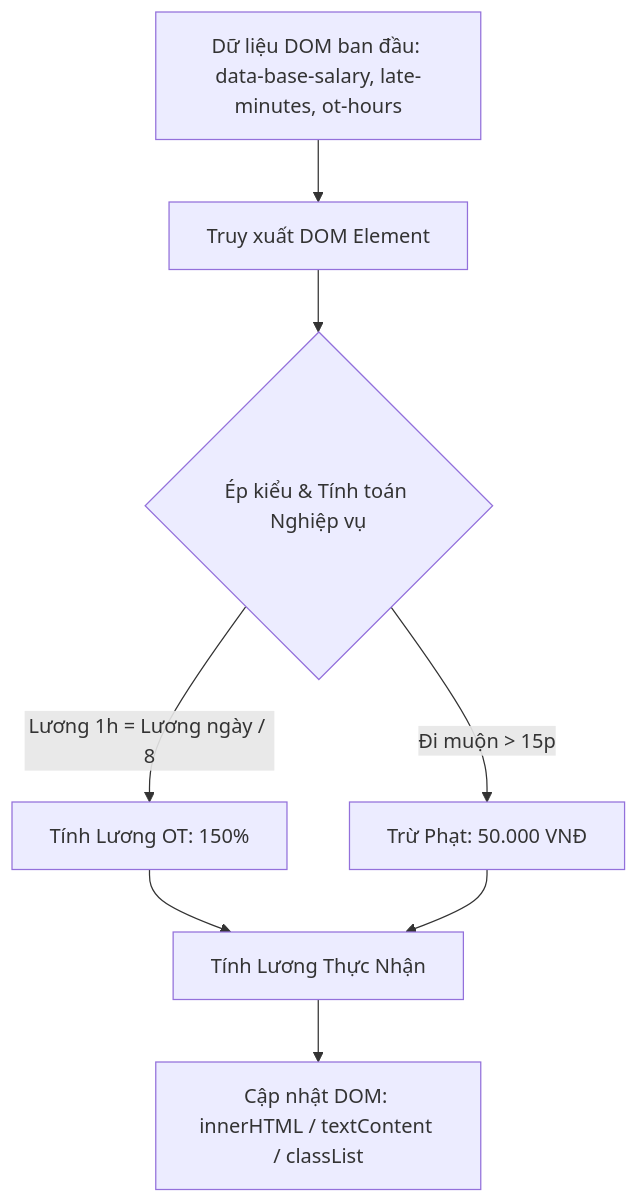
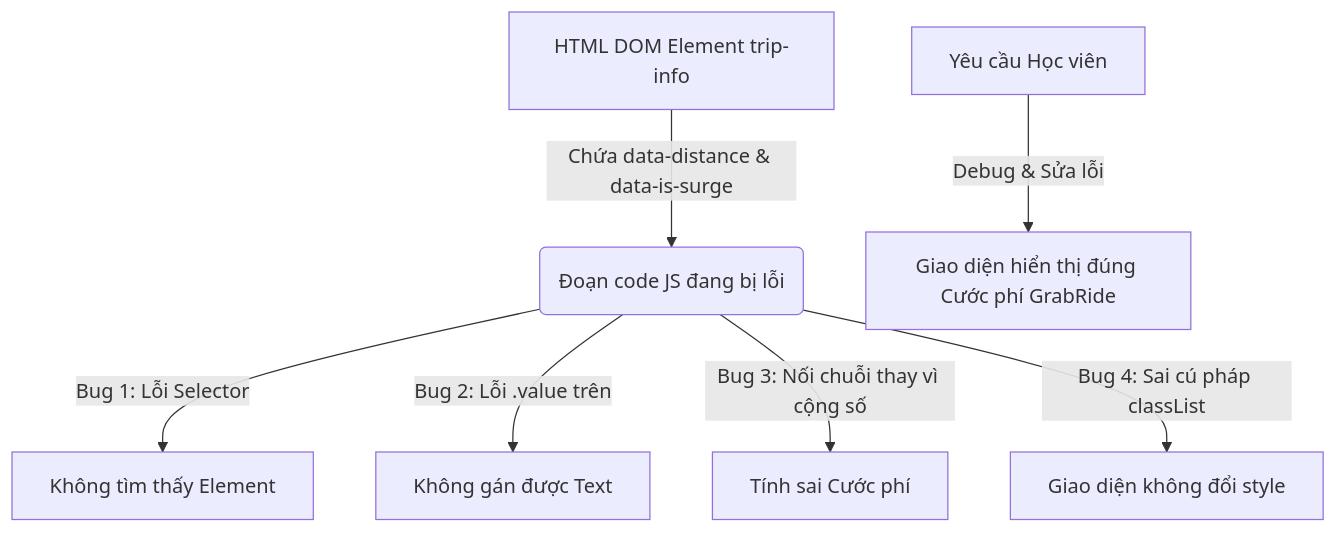
The diagram in output/pms/Phát_triển_ứng_dụng_web/Session 17 - Tương tác DOM API (Document Object Model)- Truy xuất và Thay đổi Nội dung/Bài tập/bai_tap_3.md (ngoquy12/learning_material), drawn with Mermaid before and after one commit. The commit also changed other lines of this file and 152 other files, not shown here.

Commit message:
feat(domain): implement Session Domain Anchor Architecture for 100% unified domain consistency across all session resources

````diff
--- a/output/pms/Phát_triển_ứng_dụng_web/Session 17 - Tương tác DOM API (Document Object Model)- Truy xuất và Thay đổi Nội dung/Bài tập/bai_tap_3.md
+++ b/output/pms/Phát_triển_ứng_dụng_web/Session 17 - Tương tác DOM API (Document Object Model)- Truy xuất và Thay đổi Nội dung/Bài tập/bai_tap_3.md
@@ -20,10 +17,9 @@
 ```mermaid
 graph TD
-    A[Dữ liệu DOM ban đầu: data-base-salary, late-minutes, ot-hours] --> B[Truy xuất DOM Element]
-    B --> C{Ép kiểu & Tính toán Nghiệp vụ}
-    C -->|Lương 1h = Lương ngày / 8| D[Tính Lương OT: 150%]
-    C -->|Đi muộn > 15p| E[Trừ Phạt: 50.000 VNĐ]
-    D --> F[Tính Lương Thực Nhận]
-    E --> F
-    F --> G[Cập nhật DOM: innerHTML / textContent / classList]
+    A[HTML DOM Element trip-info] -->|Chứa data-distance & data-is-surge| B(Đoạn code JS đang bị lỗi)
+    B -->|Bug 1: Lỗi Selector| C[Không tìm thấy Element]
+    B -->|Bug 2: Lỗi .value trên <span>| D[Không gán được Text]
+    B -->|Bug 3: Nối chuỗi thay vì cộng số| E[Tính sai Cước phí]
+    B -->|Bug 4: Sai cú pháp classList| F[Giao diện không đổi style]
+    G[Yêu cầu Học viên] -->|Debug & Sửa lỗi| H[Giao diện hiển thị đúng Cước phí GrabRide]
 ```
````
